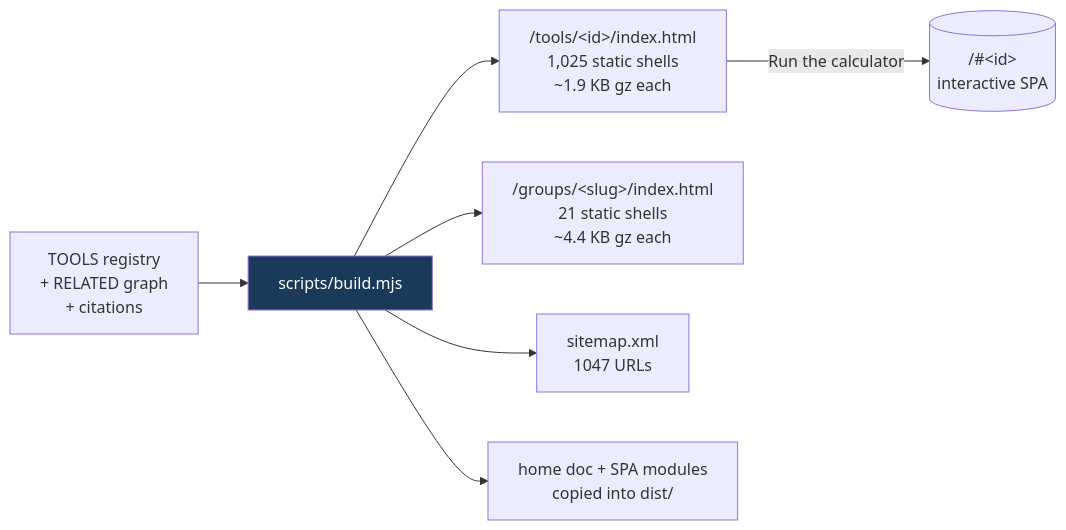
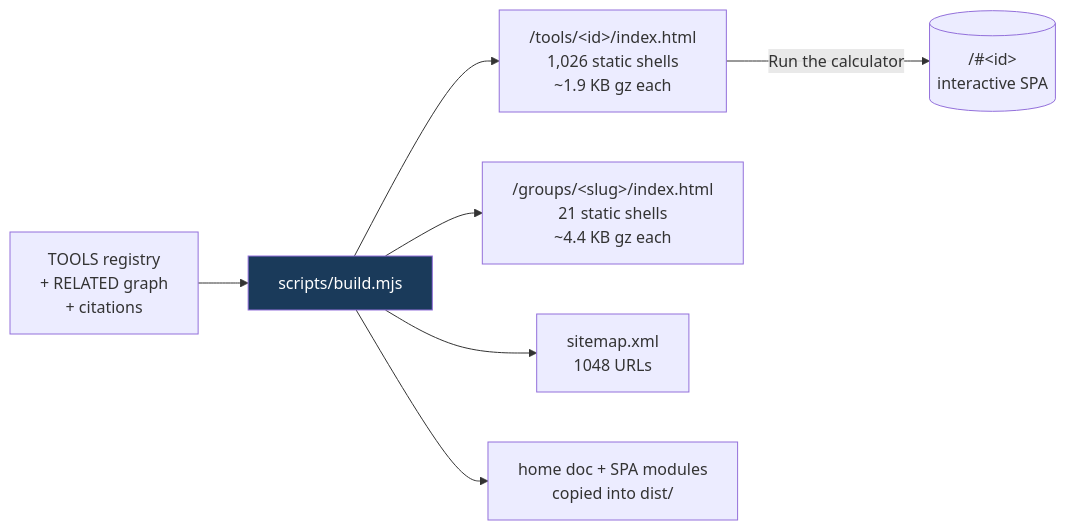
One commit to clay-good/roughlogic.com changed the fifth of 8 diagrams in README.md. Above: the diagram before and after it, drawn with Mermaid. The commit also changed other lines of this file and 13 other files, not shown here.

````diff
--- a/README.md
+++ b/README.md
@@ -495,10 +495,10 @@
 ```mermaid
 flowchart LR
     SRC[TOOLS registry\n+ RELATED graph\n+ citations] --> BUILD[scripts/build.mjs]
-    BUILD --> TILE["/tools/&lt;id&gt;/index.html\n1,025 static shells\n~1.9 KB gz each"]
+    BUILD --> TILE["/tools/&lt;id&gt;/index.html\n1,026 static shells\n~1.9 KB gz each"]
     BUILD --> GROUP["/groups/&lt;slug&gt;/index.html\n21 static shells\n~4.4 KB gz each"]
-    BUILD --> MAP["sitemap.xml\n1047 URLs"]
+    BUILD --> MAP["sitemap.xml\n1048 URLs"]
     BUILD --> COPY[home doc + SPA modules\ncopied into dist/]
     TILE -->|Run the calculator| SPA[("/#&lt;id&gt;\ninteractive SPA")]
     style BUILD fill:#1a3a5a,color:#fff
 ```
````
